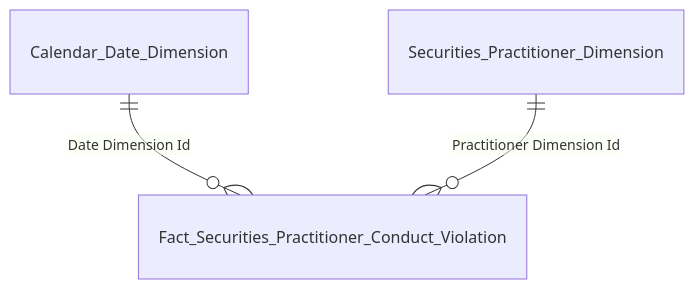
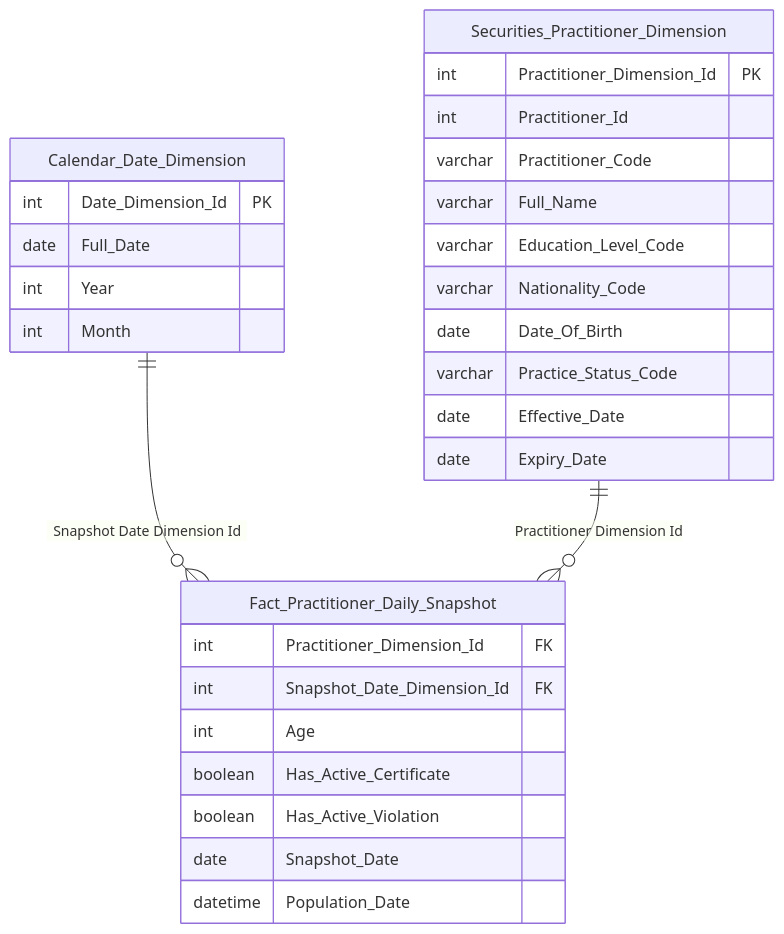
One commit to linhlvit/ubck_atomic_design changed the eighth of 31 diagrams in Gold/hld/GOLD_NHNCK_HLD.md. Above: the diagram before and after it, drawn with Mermaid. The commit also changed other lines of this file and 10 other files, not shown here.

````diff
--- a/Gold/hld/GOLD_NHNCK_HLD.md
+++ b/Gold/hld/GOLD_NHNCK_HLD.md
@@ -89,5 +381,35 @@
 ```mermaid
 erDiagram
-    Calendar_Date_Dimension ||--o{ Fact_Securities_Practitioner_Conduct_Violation : "Date Dimension Id"
-    Securities_Practitioner_Dimension ||--o{ Fact_Securities_Practitioner_Conduct_Violation : "Practitioner Dimension Id"
+    Calendar_Date_Dimension ||--o{ Fact_Practitioner_Daily_Snapshot : "Snapshot Date Dimension Id"
+    Securities_Practitioner_Dimension ||--o{ Fact_Practitioner_Daily_Snapshot : "Practitioner Dimension Id"
+
+    Fact_Practitioner_Daily_Snapshot {
+        int Practitioner_Dimension_Id FK
+        int Snapshot_Date_Dimension_Id FK
+        int Age
+        boolean Has_Active_Certificate
+        boolean Has_Active_Violation
+        date Snapshot_Date
+        datetime Population_Date
+    }
+
+    Calendar_Date_Dimension {
+        int Date_Dimension_Id PK
+        date Full_Date
+        int Year
+        int Month
+    }
+
+    Securities_Practitioner_Dimension {
+        int Practitioner_Dimension_Id PK
+        int Practitioner_Id
+        varchar Practitioner_Code
+        varchar Full_Name
+        varchar Education_Level_Code
+        varchar Nationality_Code
+        date Date_Of_Birth
+        varchar Practice_Status_Code
+        date Effective_Date
+        date Expiry_Date
+    }
 ```
````
